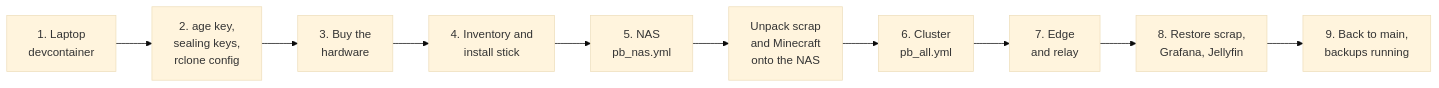
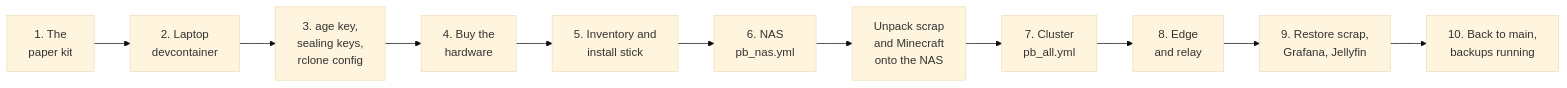
The diagram in docs/how-to/rebuild-from-nothing.md (gilesknap/tpi-k3s-ansible), drawn with Mermaid (base theme) before and after one commit. The commit also changed other lines of this file, not shown here.

First line of the commit message:
Describe the paper kit in the rebuild runbook

````diff
--- a/docs/how-to/rebuild-from-nothing.md
+++ b/docs/how-to/rebuild-from-nothing.md
@@ -221,12 +226,13 @@
 ```mermaid
 flowchart LR
-    laptop["1. Laptop<br/>devcontainer"] --> keys["2. age key,<br/>sealing keys,<br/>rclone config"]
-    keys --> hw["3. Buy the<br/>hardware"]
-    hw --> cfg["4. Inventory and<br/>install stick"]
-    cfg --> nas["5. NAS<br/>pb_nas.yml"]
+    kit["1. The<br/>paper kit"] --> laptop["2. Laptop<br/>devcontainer"]
+    laptop --> keys["3. age key,<br/>sealing keys,<br/>rclone config"]
+    keys --> hw["4. Buy the<br/>hardware"]
+    hw --> cfg["5. Inventory and<br/>install stick"]
+    cfg --> nas["6. NAS<br/>pb_nas.yml"]
     nas --> data1["Unpack scrap<br/>and Minecraft<br/>onto the NAS"]
-    data1 --> k3s["6. Cluster<br/>pb_all.yml"]
-    k3s --> edge["7. Edge<br/>and relay"]
-    edge --> data2["8. Restore scrap,<br/>Grafana, Jellyfin"]
-    data2 --> done["9. Back to main,<br/>backups running"]
+    data1 --> k3s["7. Cluster<br/>pb_all.yml"]
+    k3s --> edge["8. Edge<br/>and relay"]
+    edge --> data2["9. Restore scrap,<br/>Grafana, Jellyfin"]
+    data2 --> done["10. Back to main,<br/>backups running"]
 ```
````
